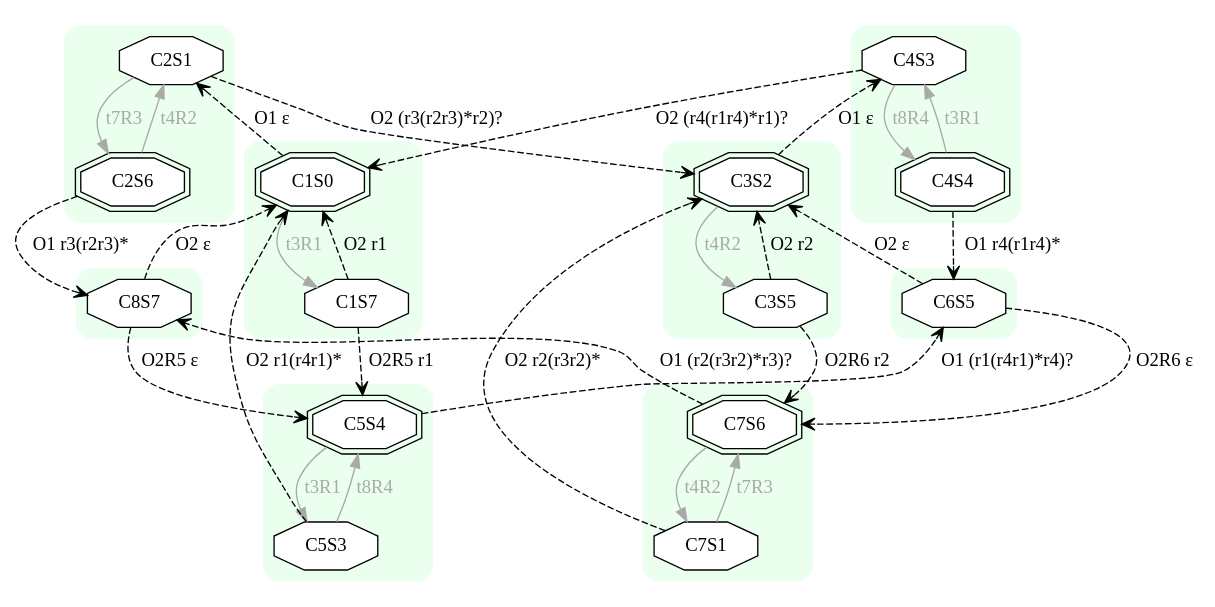
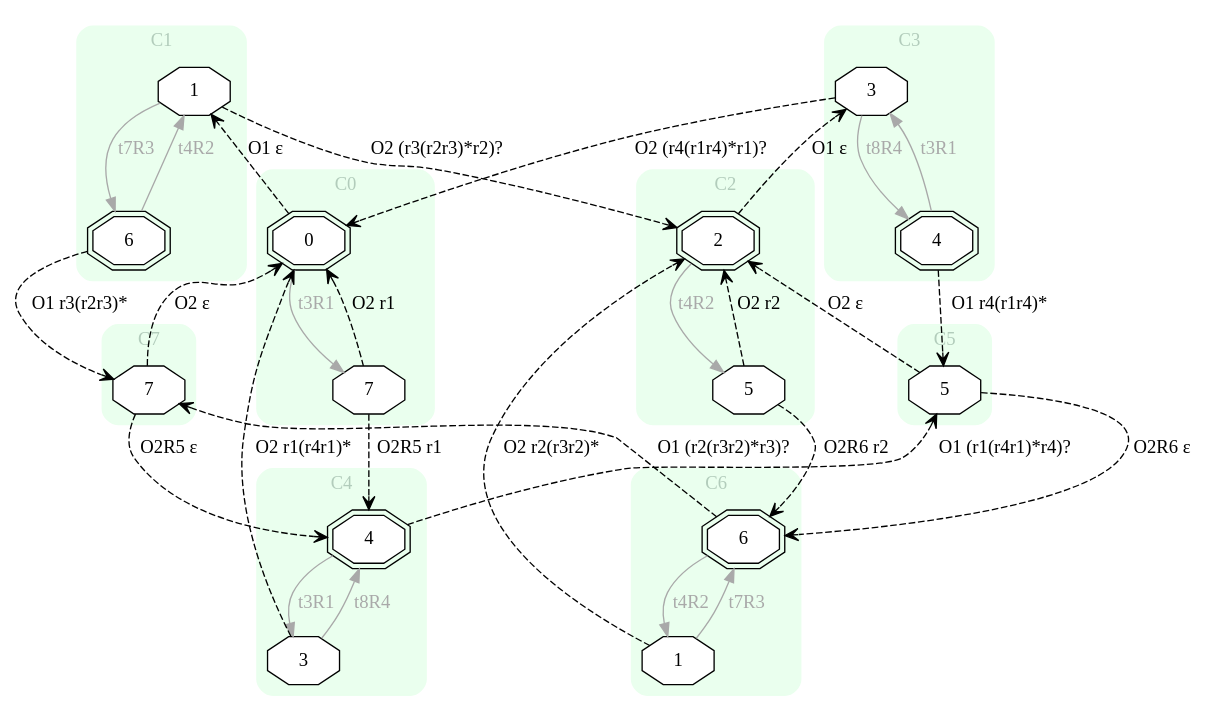
Before and after one commit to Stefano-BS/Explanatory-Diagnosis: the diagram in input/s2_EXP.dot, drawn with Graphviz. The commit also changed 27 other files, not shown here.

```diff
--- a/input/s2_EXP.dot
+++ b/input/s2_EXP.dot
@@ -1,77 +1,77 @@
 digraph "EXPinput/s2" {
 node [style=filled fillcolor=white]
+subgraph cluster0 {
+style="rounded,filled" label="C0" fontcolor="#B2CCBB" color="#EAFFEE"
+edge[color=darkgray fontcolor=darkgray]
+node [shape=doubleoctagon]; C0S0 [label=0];
+node [shape=octagon]; C0S7 [label=7];
+C0S0 -> C0S7 [label=t3R1]
+}
 subgraph cluster1 {
-style="rounded,filled" color="#EAFFEE"
+style="rounded,filled" label="C1" fontcolor="#B2CCBB" color="#EAFFEE"
 edge[color=darkgray fontcolor=darkgray]
-node [shape=doubleoctagon]; C1S0 ;
-node [shape=octagon]; C1S7 ;
-C1S0 -> C1S7 [label=t3R1]
+node [shape=octagon]; C1S1 [label=1];
+node [shape=doubleoctagon]; C1S6 [label=6];
+C1S1 -> C1S6 [label=t7R3]
+C1S6 -> C1S1 [label=t4R2]
 }
 subgraph cluster2 {
-style="rounded,filled" color="#EAFFEE"
+style="rounded,filled" label="C2" fontcolor="#B2CCBB" color="#EAFFEE"
 edge[color=darkgray fontcolor=darkgray]
-node [shape=octagon]; C2S1 ;
-node [shape=doubleoctagon]; C2S6 ;
-C2S1 -> C2S6 [label=t7R3]
-C2S6 -> C2S1 [label=t4R2]
+node [shape=doubleoctagon]; C2S2 [label=2];
+node [shape=octagon]; C2S5 [label=5];
+C2S2 -> C2S5 [label=t4R2]
 }
 subgraph cluster3 {
-style="rounded,filled" color="#EAFFEE"
+style="rounded,filled" label="C3" fontcolor="#B2CCBB" color="#EAFFEE"
 edge[color=darkgray fontcolor=darkgray]
-node [shape=doubleoctagon]; C3S2 ;
-node [shape=octagon]; C3S5 ;
-C3S2 -> C3S5 [label=t4R2]
+node [shape=octagon]; C3S3 [label=3];
+node [shape=doubleoctagon]; C3S4 [label=4];
+C3S3 -> C3S4 [label=t8R4]
+C3S4 -> C3S3 [label=t3R1]
 }
 subgraph cluster4 {
-style="rounded,filled" color="#EAFFEE"
+style="rounded,filled" label="C4" fontcolor="#B2CCBB" color="#EAFFEE"
 edge[color=darkgray fontcolor=darkgray]
-node [shape=octagon]; C4S3 ;
-node [shape=doubleoctagon]; C4S4 ;
+node [shape=doubleoctagon]; C4S4 [label=4];
+node [shape=octagon]; C4S3 [label=3];
+C4S4 -> C4S3 [label=t3R1]
 C4S3 -> C4S4 [label=t8R4]
-C4S4 -> C4S3 [label=t3R1]
 }
 subgraph cluster5 {
-style="rounded,filled" color="#EAFFEE"
+style="rounded,filled" label="C5" fontcolor="#B2CCBB" color="#EAFFEE"
 edge[color=darkgray fontcolor=darkgray]
-node [shape=doubleoctagon]; C5S4 ;
-node [shape=octagon]; C5S3 ;
-C5S4 -> C5S3 [label=t3R1]
-C5S3 -> C5S4 [label=t8R4]
+node [shape=octagon]; C5S5 [label=5];
 }
 subgraph cluster6 {
-style="rounded,filled" color="#EAFFEE"
+style="rounded,filled" label="C6" fontcolor="#B2CCBB" color="#EAFFEE"
 edge[color=darkgray fontcolor=darkgray]
-node [shape=octagon]; C6S5 ;
+node [shape=doubleoctagon]; C6S6 [label=6];
+node [shape=octagon]; C6S1 [label=1];
+C6S6 -> C6S1 [label=t4R2]
+C6S1 -> C6S6 [label=t7R3]
 }
 subgraph cluster7 {
-style="rounded,filled" color="#EAFFEE"
+style="rounded,filled" label="C7" fontcolor="#B2CCBB" color="#EAFFEE"
 edge[color=darkgray fontcolor=darkgray]
-node [shape=doubleoctagon]; C7S6 ;
-node [shape=octagon]; C7S1 ;
-C7S6 -> C7S1 [label=t4R2]
-C7S1 -> C7S6 [label=t7R3]
+node [shape=octagon]; C7S7 [label=7];
 }
-subgraph cluster8 {
-style="rounded,filled" color="#EAFFEE"
-edge[color=darkgray fontcolor=darkgray]
-node [shape=octagon]; C8S7 ;
+C0S0 -> C1S1 [style=dashed arrowhead=vee label="O1 ε"]
+C0S7 -> C4S4 [style=dashed arrowhead=vee label="O2R5 r1"]
+C0S7 -> C0S0 [style=dashed arrowhead=vee label="O2 r1"]
+C1S1 -> C2S2 [style=dashed arrowhead=vee label="O2 (r3(r2r3)*r2)?"]
+C1S6 -> C7S7 [style=dashed arrowhead=vee label="O1 r3(r2r3)*"]
+C2S2 -> C3S3 [style=dashed arrowhead=vee label="O1 ε"]
+C2S5 -> C6S6 [style=dashed arrowhead=vee label="O2R6 r2"]
+C2S5 -> C2S2 [style=dashed arrowhead=vee label="O2 r2"]
+C3S3 -> C0S0 [style=dashed arrowhead=vee label="O2 (r4(r1r4)*r1)?"]
+C3S4 -> C5S5 [style=dashed arrowhead=vee label="O1 r4(r1r4)*"]
+C4S4 -> C5S5 [style=dashed arrowhead=vee label="O1 (r1(r4r1)*r4)?"]
+C4S3 -> C0S0 [style=dashed arrowhead=vee label="O2 r1(r4r1)*"]
+C5S5 -> C6S6 [style=dashed arrowhead=vee label="O2R6 ε"]
+C5S5 -> C2S2 [style=dashed arrowhead=vee label="O2 ε"]
+C6S6 -> C7S7 [style=dashed arrowhead=vee label="O1 (r2(r3r2)*r3)?"]
+C6S1 -> C2S2 [style=dashed arrowhead=vee label="O2 r2(r3r2)*"]
+C7S7 -> C4S4 [style=dashed arrowhead=vee label="O2R5 ε"]
+C7S7 -> C0S0 [style=dashed arrowhead=vee label="O2 ε"]
 }
-C1S0 -> C2S1 [style=dashed arrowhead=vee label="O1 ε"]
-C1S7 -> C5S4 [style=dashed arrowhead=vee label="O2R5 r1"]
-C1S7 -> C1S0 [style=dashed arrowhead=vee label="O2 r1"]
-C2S1 -> C3S2 [style=dashed arrowhead=vee label="O2 (r3(r2r3)*r2)?"]
-C2S6 -> C8S7 [style=dashed arrowhead=vee label="O1 r3(r2r3)*"]
-C3S2 -> C4S3 [style=dashed arrowhead=vee label="O1 ε"]
-C3S5 -> C7S6 [style=dashed arrowhead=vee label="O2R6 r2"]
-C3S5 -> C3S2 [style=dashed arrowhead=vee label="O2 r2"]
-C4S3 -> C1S0 [style=dashed arrowhead=vee label="O2 (r4(r1r4)*r1)?"]
-C4S4 -> C6S5 [style=dashed arrowhead=vee label="O1 r4(r1r4)*"]
-C5S4 -> C6S5 [style=dashed arrowhead=vee label="O1 (r1(r4r1)*r4)?"]
-C5S3 -> C1S0 [style=dashed arrowhead=vee label="O2 r1(r4r1)*"]
-C6S5 -> C7S6 [style=dashed arrowhead=vee label="O2R6 ε"]
-C6S5 -> C3S2 [style=dashed arrowhead=vee label="O2 ε"]
-C7S6 -> C8S7 [style=dashed arrowhead=vee label="O1 (r2(r3r2)*r3)?"]
-C7S1 -> C3S2 [style=dashed arrowhead=vee label="O2 r2(r3r2)*"]
-C8S7 -> C5S4 [style=dashed arrowhead=vee label="O2R5 ε"]
-C8S7 -> C1S0 [style=dashed arrowhead=vee label="O2 ε"]
-}
```
